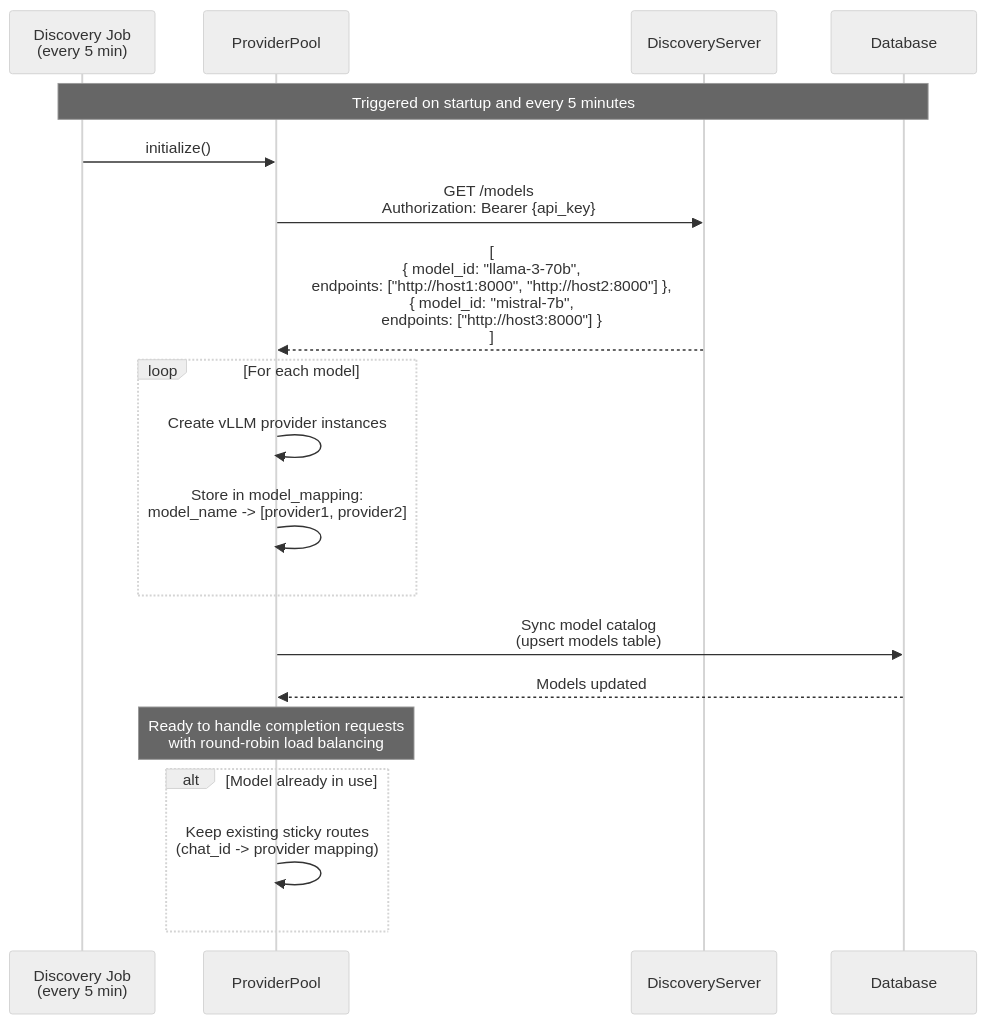
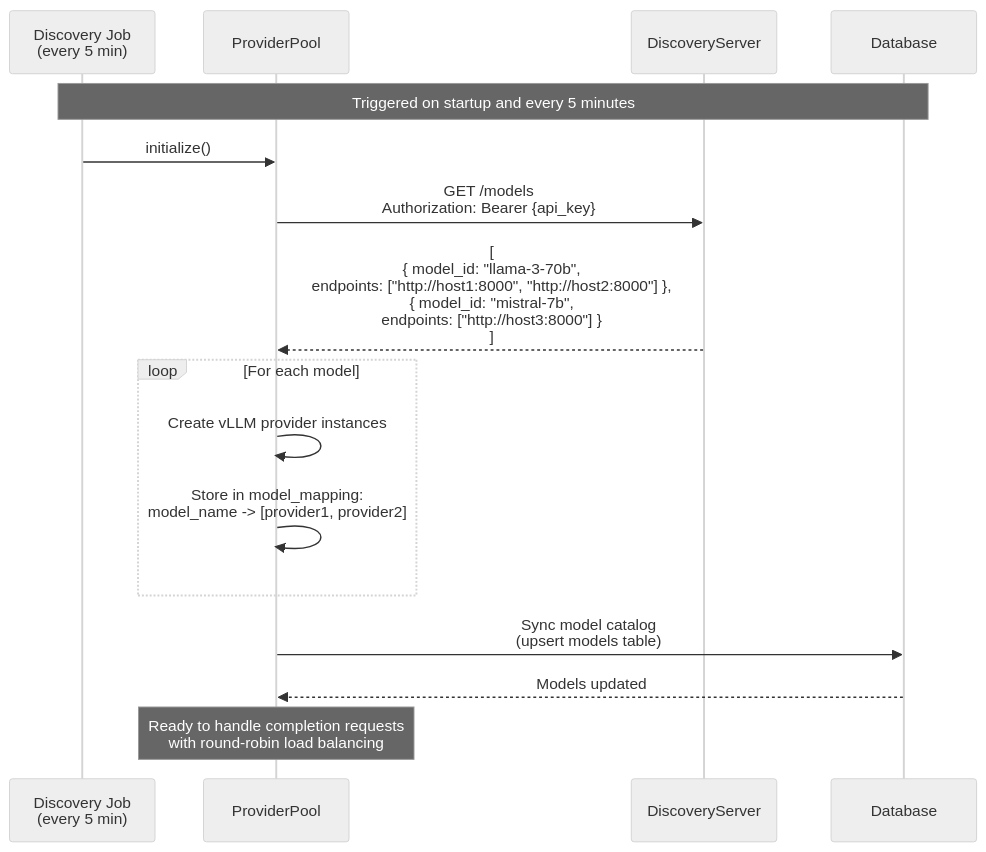
One commit to nearai/cloud-api changed the eighth of 16 diagrams in docs/architecture/c4-diagrams.md. Above: the diagram before and after it, drawn with Mermaid (neutral theme). The commit also changed other lines of this file, not shown here.

Commit message:
docs(api): align C4 diagrams with stateless responses

````diff
--- a/docs/architecture/c4-diagrams.md
+++ b/docs/architecture/c4-diagrams.md
@@ -592,28 +592,25 @@
 ```mermaid
 sequenceDiagram
     participant CronJob as Discovery Job<br/>(every 5 min)
     participant ProviderPool
     participant DiscoveryServer
     participant Database
     
     Note over CronJob,Database: Triggered on startup and every 5 minutes
     
     CronJob->>ProviderPool: initialize()
     ProviderPool->>DiscoveryServer: GET /models<br/>Authorization: Bearer {api_key}
     
     DiscoveryServer-->>ProviderPool: [<br/>  { model_id: "llama-3-70b",<br/>    endpoints: ["http://host1:8000", "http://host2:8000"] },<br/>  { model_id: "mistral-7b",<br/>    endpoints: ["http://host3:8000"] }<br/>]
     
     loop For each model
         ProviderPool->>ProviderPool: Create vLLM provider instances
         ProviderPool->>ProviderPool: Store in model_mapping:<br/>model_name -> [provider1, provider2]
     end
     
     ProviderPool->>Database: Sync model catalog<br/>(upsert models table)
     Database-->>ProviderPool: Models updated
     
     Note over ProviderPool: Ready to handle completion requests<br/>with round-robin load balancing
     
-    alt Model already in use
-        ProviderPool->>ProviderPool: Keep existing sticky routes<br/>(chat_id -> provider mapping)
-    end
 ```
````
